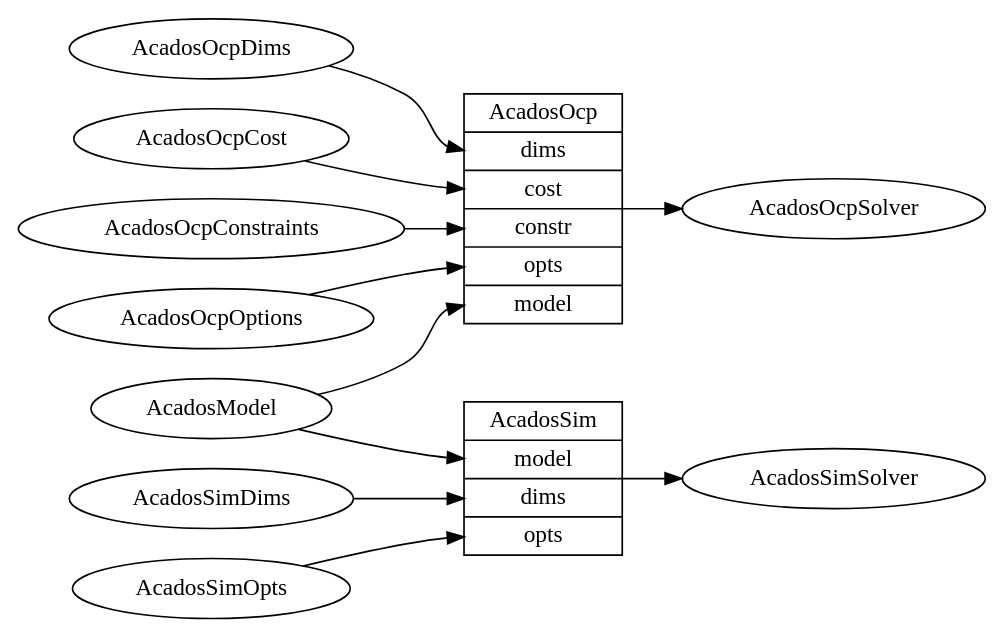
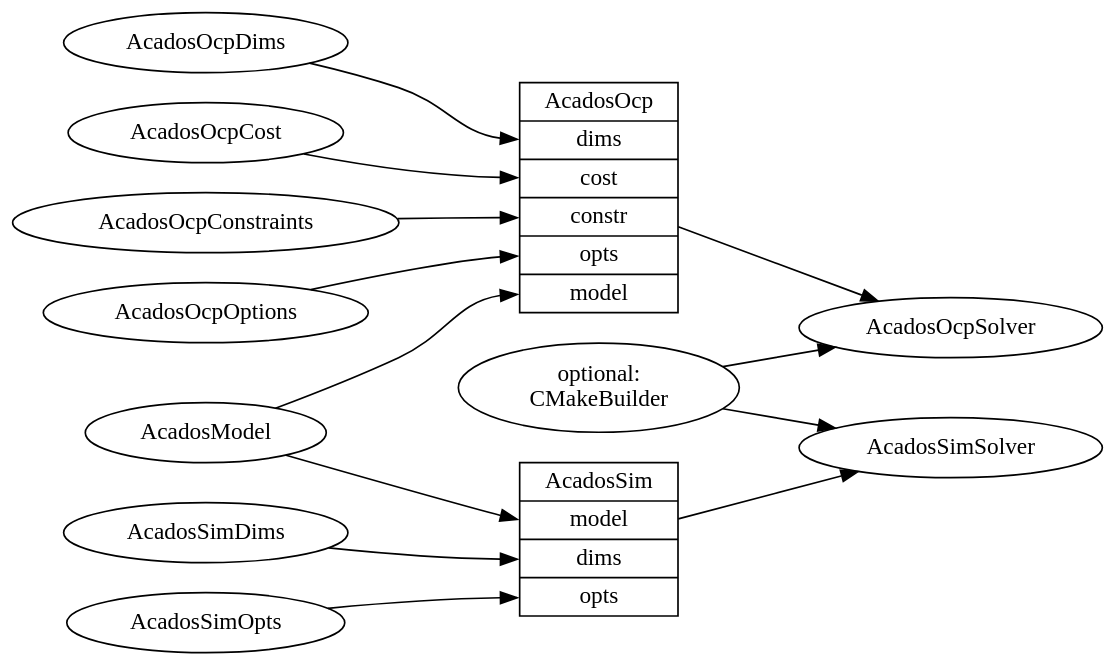
One commit to acados/acados changed the diagram in docs/python_interface/py_acados_classes.dot. Above: the diagram before and after it, drawn with Graphviz. The commit also changed 2 other files, not shown here.

Commit message:
Python: update doc for the CMake support
+ Document some Windows specific topics.
+ Add CMakeBuilder to the acados classes graph
+ improve and fix documentation of CMakeBuilder

```diff
--- a/docs/python_interface/py_acados_classes.dot
+++ b/docs/python_interface/py_acados_classes.dot
@@ -1,51 +1,59 @@
 // This file is used to draw the dependency graph of acados classes in the Python API documentation
 
 // the graph
 digraph ocp {
-        // some graph-specific definitions
-        graph [
-               rankdir = "LR"
-               ];
+    bgcolor="transparent"
+    // some graph-specific definitions
+    graph [
+           rankdir = "LR"
+           ];
 
-        // define solver nodes
-        solver [label="AcadosOcpSolver"
-                 href="https://docs.acados.org/python_api/index.html#acados_template.acados_ocp_solver.AcadosOcpSolver", target="_top"];
-        ocp [label="<class> AcadosOcp | <dims> dims | <cost> cost | <constr> constr | <opts> opts | <model> model"
-             shape = "record"
-             href="https://docs.acados.org/python_api/index.html#acados_template.acados_ocp.AcadosOcp", target="_top"];
-        model [label="AcadosModel"
-               href="https://docs.acados.org/python_api/index.html#acados_template.acados_model.AcadosModel", target="_top"];
-        ocpdims [label="AcadosOcpDims"
-                 href="https://docs.acados.org/python_api/index.html#acados_template.acados_ocp.AcadosOcpDims", target="_top"];
-        ocpcost [label="AcadosOcpCost"
-                 href="https://docs.acados.org/python_api/index.html#acados_template.acados_ocp.AcadosOcpCost", target="_top"];
-        ocpconstr [label="AcadosOcpConstraints"
-                   href="https://docs.acados.org/python_api/index.html#acados_template.acados_ocp.AcadosOcpConstraints", target="_top"];
-        ocpopts [label="AcadosOcpOptions"
-                 href="https://docs.acados.org/python_api/index.html#acados_template.acados_ocp.AcadosOcpOptions", target="_top"];
-        // solver graph
-        ocp -> solver
-        model -> ocp:model;
-        ocpdims -> ocp:dims;
-        ocpcost -> ocp:cost;
-        ocpconstr -> ocp:constr;
-        ocpopts -> ocp:opts;
+    node [style=filled fillcolor=white];
+    // define the CMakeBuilder
+    cmakebuilder [label="optional:\nCMakeBuilder"
+                  href="../python_interface/index.html#acados_template.builders.CMakeBuilder", target="_top"];
 
-        // define sim nodes
-        sim [label="<class> AcadosSim | <model> model| <dims> dims | <opts> opts"
-             shape = "record"
-             href="https://docs.acados.org/python_api/index.html#acados_template.acados_sim.AcadosSim", target="_top"];
-        simdims [label="AcadosSimDims"
-                 href="https://docs.acados.org/python_api/index.html#acados_template.acados_sim.AcadosSimDims", target="_top"];
-        simopts [label="AcadosSimOpts"
-                 href="https://docs.acados.org/python_api/index.html#acados_template.acados_sim.AcadosSimOpts", target="_top"];
-        simsolver [label="AcadosSimSolver"
-                 href="https://docs.acados.org/python_api/index.html#acados_template.acados_sim_solver.AcadosSimSolver", target="_top"];
+    // define solver nodes
+    solver [label="AcadosOcpSolver"
+             href="../python_interface/index.html#acados_template.acados_ocp_solver.AcadosOcpSolver", target="_top"];
+    ocp [label="<class> AcadosOcp | <dims> dims | <cost> cost | <constr> constr | <opts> opts | <model> model"
+         shape = "record"
+         href="../python_interface/index.html#acados_template.acados_ocp.AcadosOcp", target="_top"];
+    model [label="AcadosModel"
+           href="../python_interface/index.html#acados_template.acados_model.AcadosModel", target="_top"];
+    ocpdims [label="AcadosOcpDims"
+             href="../python_interface/index.html#acados_template.acados_ocp.AcadosOcpDims", target="_top"];
+    ocpcost [label="AcadosOcpCost"
+             href="../python_interface/index.html#acados_template.acados_ocp.AcadosOcpCost", target="_top"];
+    ocpconstr [label="AcadosOcpConstraints"
+               href="../python_interface/index.html#acados_template.acados_ocp.AcadosOcpConstraints", target="_top"];
+    ocpopts [label="AcadosOcpOptions"
+             href="../python_interface/index.html#acados_template.acados_ocp.AcadosOcpOptions", target="_top"];
 
+    // solver graph
+    cmakebuilder -> solver;
+    ocp -> solver;
+    model -> ocp:model;
+    ocpdims -> ocp:dims;
+    ocpcost -> ocp:cost;
+    ocpconstr -> ocp:constr;
+    ocpopts -> ocp:opts;
 
-        // sim graph
-        model -> sim:model;
-        simdims -> sim:dims;
-        simopts -> sim:opts;
-        sim -> simsolver;
+    // define sim nodes
+    sim [label="<class> AcadosSim | <model> model| <dims> dims | <opts> opts"
+         shape = "record"
+         href="../python_interface/index.html#acados_template.acados_sim.AcadosSim", target="_top"];
+    simdims [label="AcadosSimDims"
+             href="../python_interface/index.html#acados_template.acados_sim.AcadosSimDims", target="_top"];
+    simopts [label="AcadosSimOpts"
+             href="../python_interface/index.html#acados_template.acados_sim.AcadosSimOpts", target="_top"];
+    simsolver [label="AcadosSimSolver"
+             href="../python_interface/index.html#acados_template.acados_sim_solver.AcadosSimSolver", target="_top"];
+
+    // sim graph
+    model -> sim:model;
+    simdims -> sim:dims;
+    simopts -> sim:opts;
+    sim -> simsolver;
+    cmakebuilder -> simsolver;
 }
```
